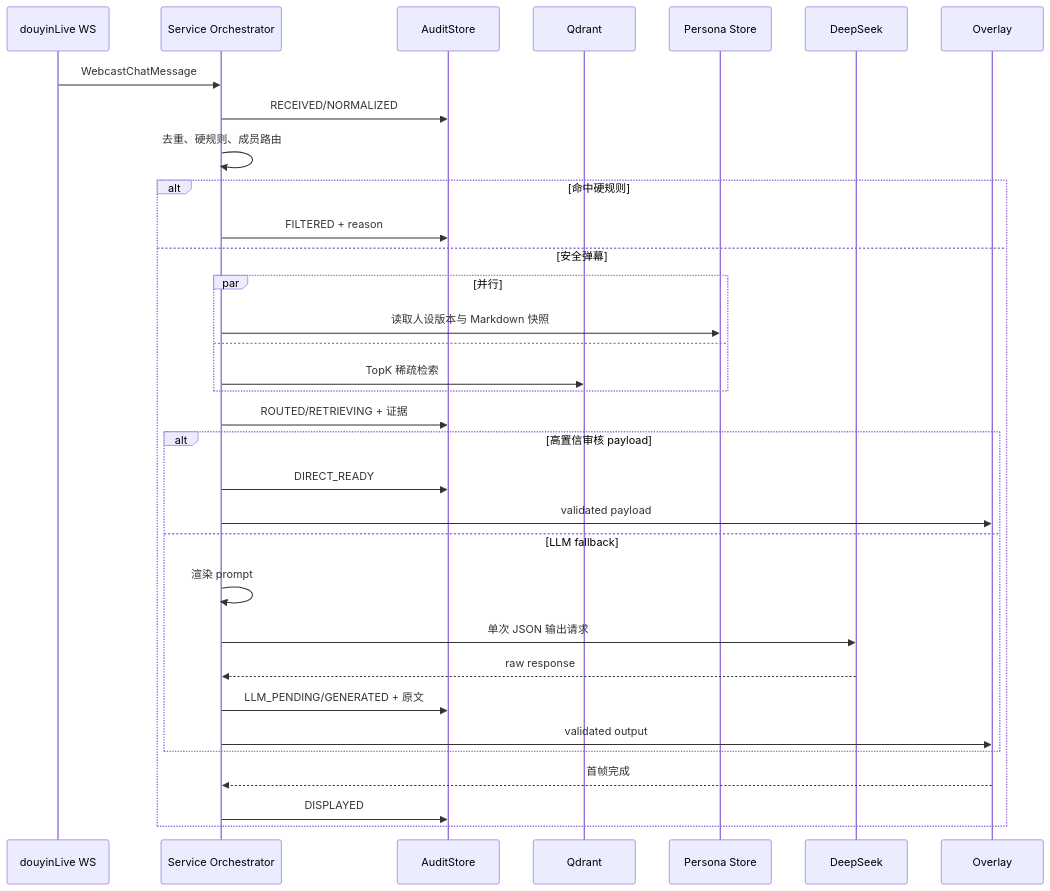
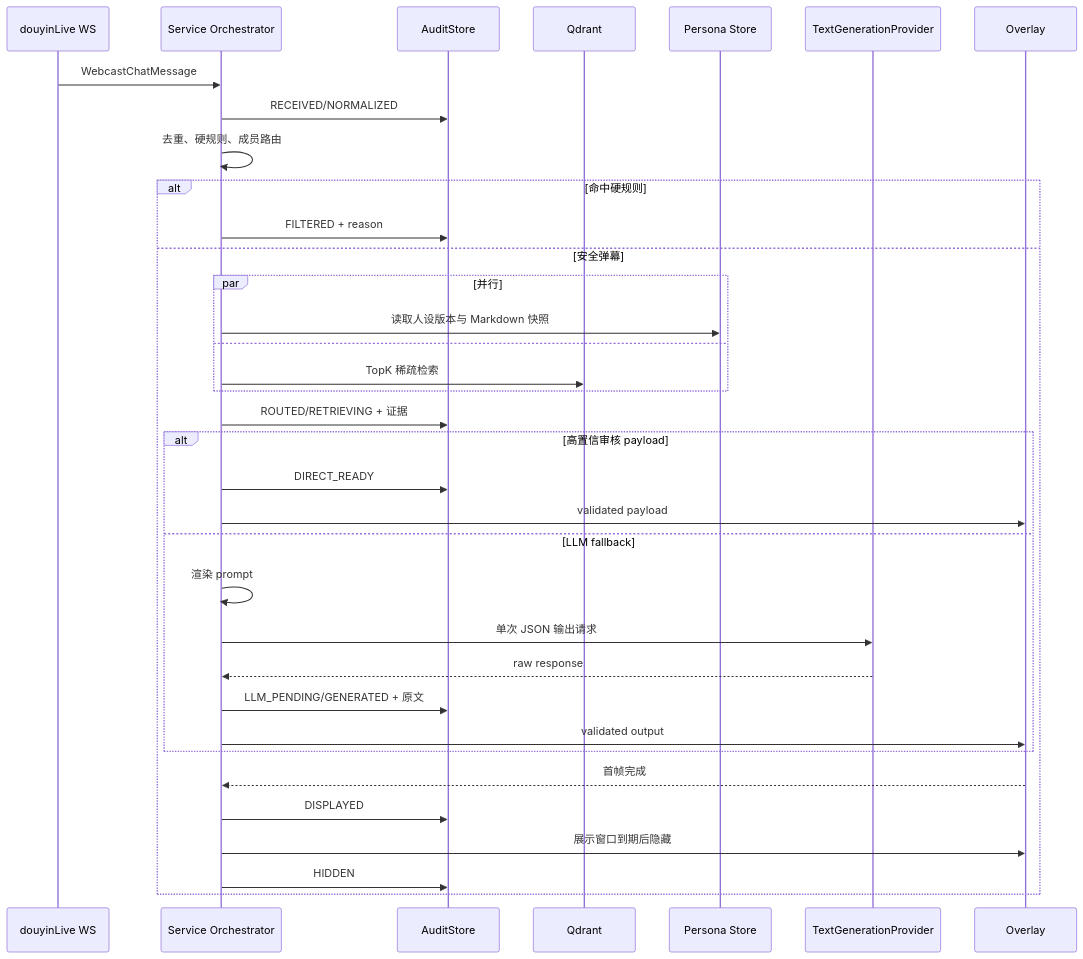
One commit to Ahsen17/douyin-echocue-standalone changed the third of 4 diagrams in docs/04-architecture/Echocue-系统架构与详细设计说明书-v0.1.md. Above: the diagram before and after it, drawn with Mermaid. The commit also changed other lines of this file and 40 other files, not shown here.

````diff
--- a/docs/04-architecture/Echocue-系统架构与详细设计说明书-v0.1.md
+++ b/docs/04-architecture/Echocue-系统架构与详细设计说明书-v0.1.md
@@ -72,36 +68,38 @@
 ```mermaid
 sequenceDiagram
   participant WS as douyinLive WS
   participant S as Service Orchestrator
   participant A as AuditStore
   participant Q as Qdrant
   participant P as Persona Store
-  participant D as DeepSeek
+  participant D as TextGenerationProvider
   participant O as Overlay
 
   WS->>S: WebcastChatMessage
   S->>A: RECEIVED/NORMALIZED
   S->>S: 去重、硬规则、成员路由
   alt 命中硬规则
     S->>A: FILTERED + reason
   else 安全弹幕
     par 并行
       S->>P: 读取人设版本与 Markdown 快照
     and
       S->>Q: TopK 稀疏检索
     end
     S->>A: ROUTED/RETRIEVING + 证据
     alt 高置信审核 payload
       S->>A: DIRECT_READY
       S->>O: validated payload
     else LLM fallback
       S->>S: 渲染 prompt
       S->>D: 单次 JSON 输出请求
       D-->>S: raw response
       S->>A: LLM_PENDING/GENERATED + 原文
       S->>O: validated output
     end
     O-->>S: 首帧完成
     S->>A: DISPLAYED
+    S->>O: 展示窗口到期后隐藏
+    S->>A: HIDDEN
   end
 ```
````
